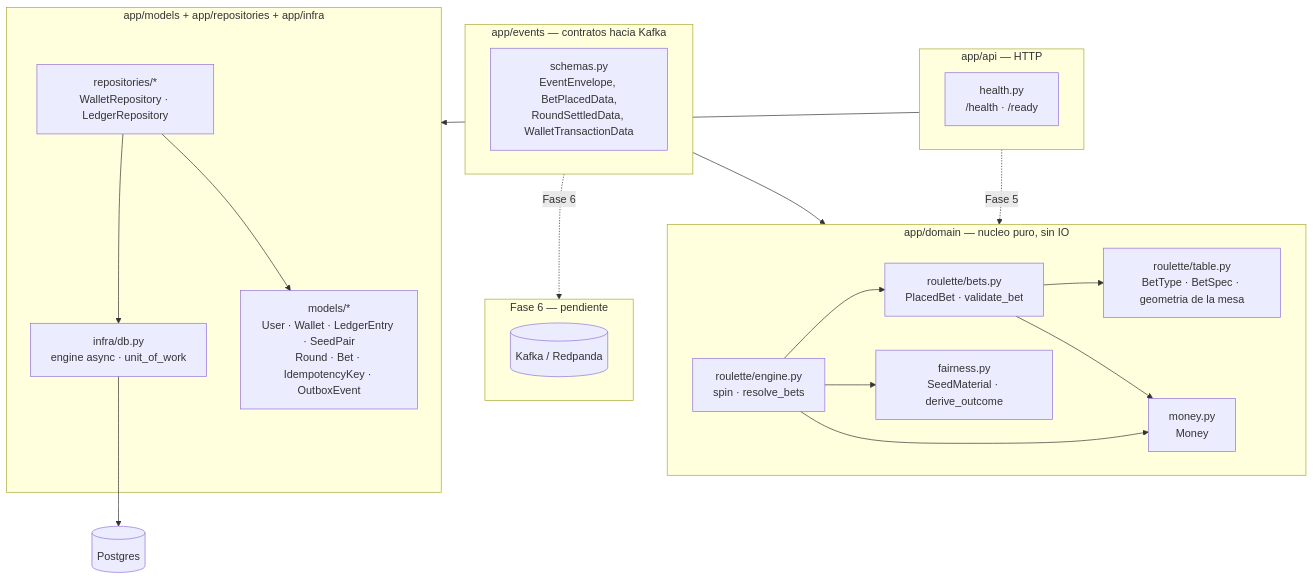
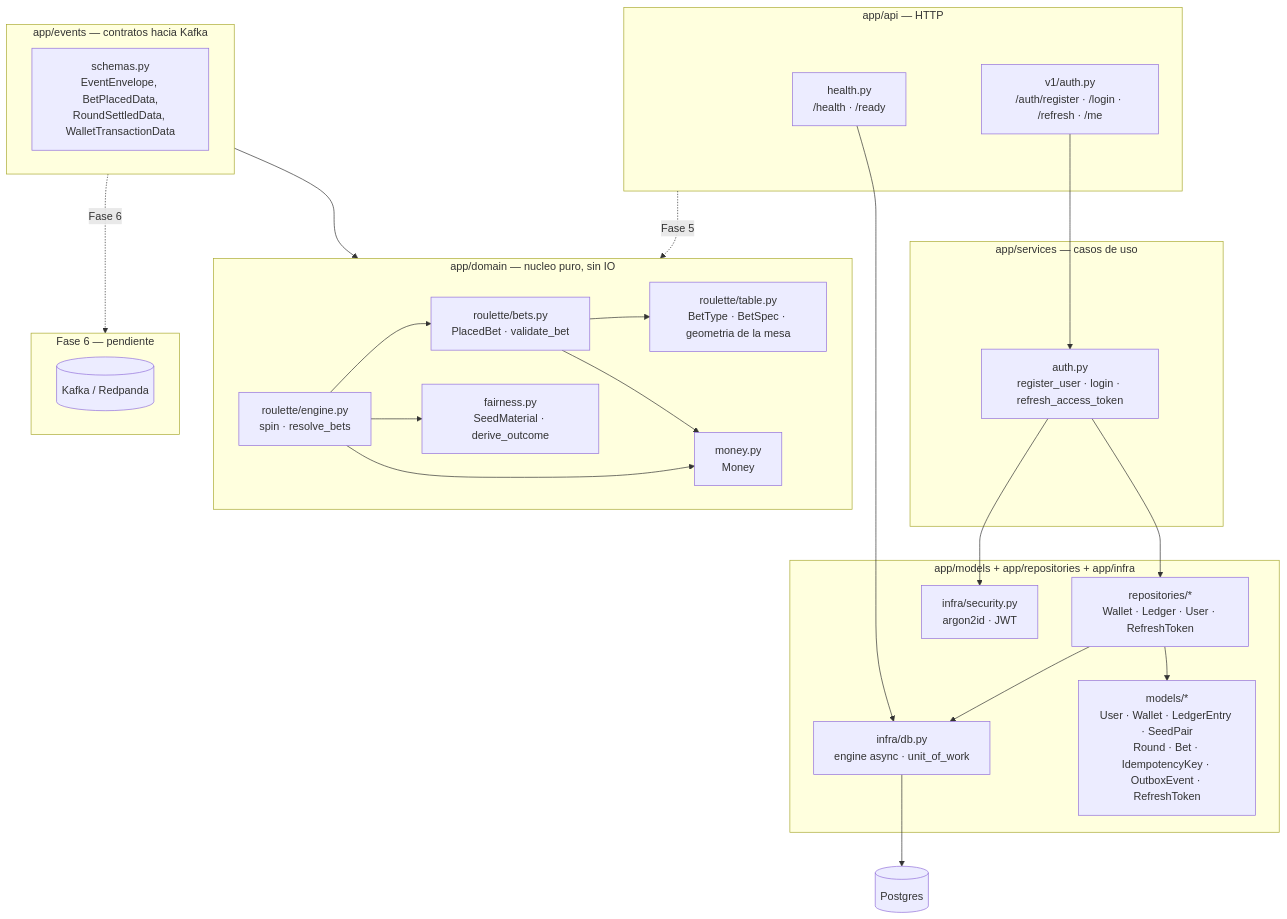
Before and after one commit to alexander-tinoco/theclub-api: the first of 5 diagrams in README.md, drawn with Mermaid. The commit also changed other lines of this file and 22 other files, not shown here.

````diff
--- a/README.md
+++ b/README.md
@@ -75,45 +82,54 @@
 ```mermaid
 flowchart TB
     subgraph API["app/api — HTTP"]
         health["health.py<br/>/health · /ready"]
+        authapi["v1/auth.py<br/>/auth/register · /login · /refresh · /me"]
+    end
+
+    subgraph SERVICES["app/services — casos de uso"]
+        authsvc["auth.py<br/>register_user · login · refresh_access_token"]
     end
 
     subgraph EVENTS["app/events — contratos hacia Kafka"]
         schemas["schemas.py<br/>EventEnvelope, BetPlacedData,<br/>RoundSettledData, WalletTransactionData"]
     end
 
     subgraph DOMAIN["app/domain — nucleo puro, sin IO"]
         money["money.py<br/>Money"]
         fairness["fairness.py<br/>SeedMaterial · derive_outcome"]
         table["roulette/table.py<br/>BetType · BetSpec · geometria de la mesa"]
         bets["roulette/bets.py<br/>PlacedBet · validate_bet"]
         engine["roulette/engine.py<br/>spin · resolve_bets"]
     end
 
     subgraph PERSISTENCE["app/models + app/repositories + app/infra"]
-        models["models/*<br/>User · Wallet · LedgerEntry · SeedPair<br/>Round · Bet · IdempotencyKey · OutboxEvent"]
-        repos["repositories/*<br/>WalletRepository · LedgerRepository"]
+        models["models/*<br/>User · Wallet · LedgerEntry · SeedPair<br/>Round · Bet · IdempotencyKey · OutboxEvent · RefreshToken"]
+        repos["repositories/*<br/>Wallet · Ledger · User · RefreshToken"]
         db_infra["infra/db.py<br/>engine async · unit_of_work"]
+        security["infra/security.py<br/>argon2id · JWT"]
     end
 
     subgraph KAFKA["Fase 6 — pendiente"]
         kafka[("Kafka / Redpanda")]
     end
 
     postgres[("Postgres")]
 
     EVENTS --> DOMAIN
-    API --> PERSISTENCE
+    authapi --> authsvc
+    authsvc --> repos
+    authsvc --> security
+    health --> db_infra
     API -. Fase 5 .-> DOMAIN
     EVENTS -. Fase 6 .-> KAFKA
 
     repos --> models
     repos --> db_infra
     db_infra --> postgres
 
     bets --> table
     bets --> money
     engine --> bets
     engine --> fairness
     engine --> money
 ```
````
